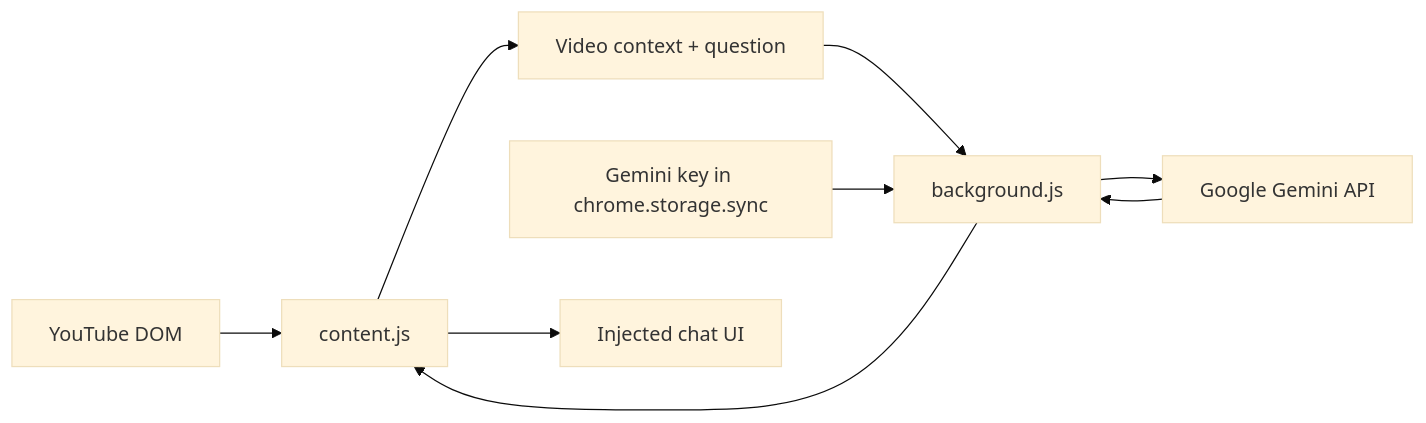
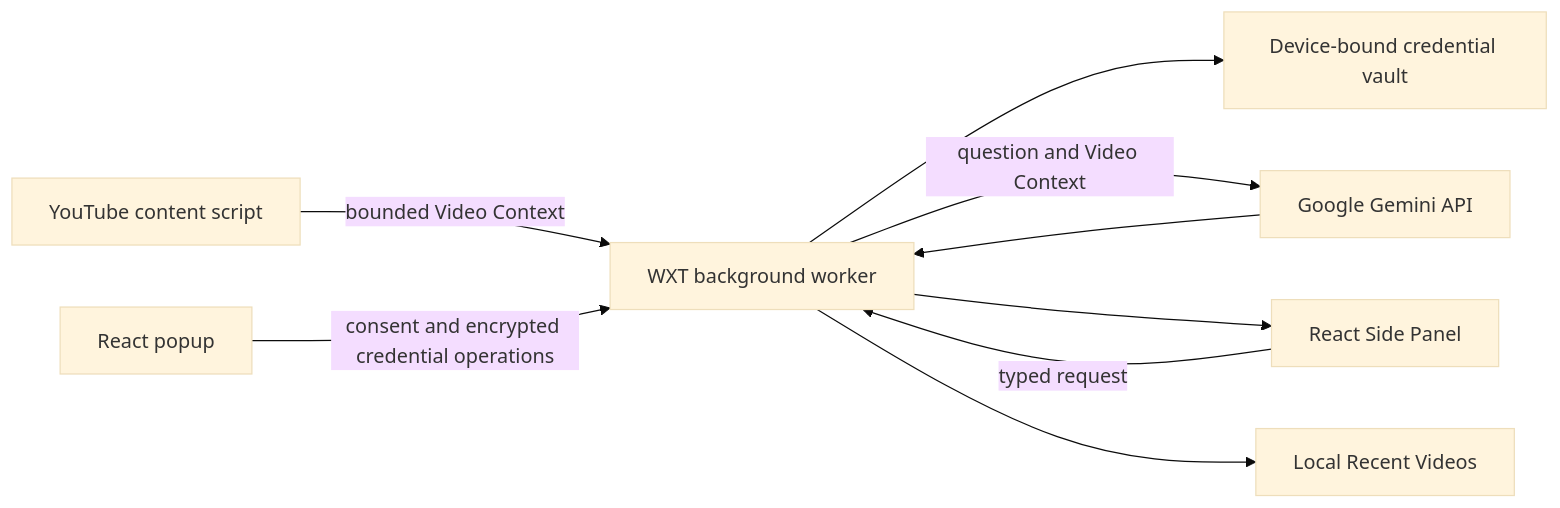
Before and after one commit to montasim/VidQuery: the diagram in README.md, drawn with Mermaid (base theme). The commit also changed other lines of this file and 66 other files, not shown here.

Commit message:
feat: rebuild extension with side panel

````diff
--- a/README.md
+++ b/README.md
@@ -59,11 +100,11 @@
 ```mermaid
 flowchart LR
-    A[YouTube DOM] --> B[content.js]
-    B --> C[Video context + question]
-    C --> D[background.js]
-    E[Gemini key in chrome.storage.sync] --> D
-    D --> F[Google Gemini API]
-    F --> D
-    D --> B
-    B --> G[Injected chat UI]
+    A[YouTube content script] -->|bounded Video Context| B[WXT background worker]
+    C[React Side Panel] -->|typed request| B
+    D[React popup] -->|consent and encrypted credential operations| B
+    B --> E[Device-bound credential vault]
+    B -->|question and Video Context| F[Google Gemini API]
+    F --> B
+    B --> C
+    B --> G[Local Recent Videos]
 ```
````
